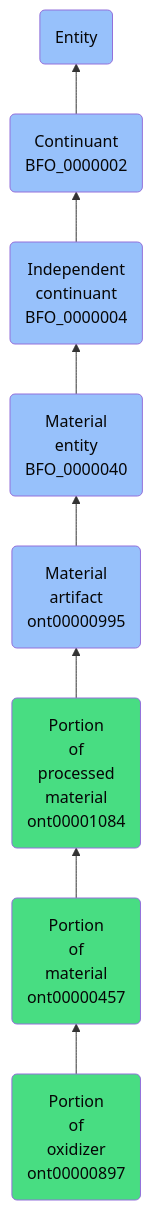
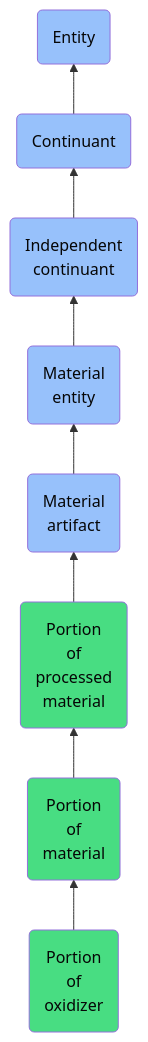
The diagram in docs/ontology/reference/model/Entity/Continuant/Independent continuant/Material entity/Material artifact/Portion of processed material/Portion of material/Portion of oxidizer/Portion of oxidizer.md (jupyter-naas/abi), drawn with Mermaid before and after one commit. The commit also changed other lines of this file and 1430 other files, not shown here.

````diff
--- a/docs/ontology/reference/model/Entity/Continuant/Independent continuant/Material entity/Material artifact/Portion of processed material/Portion of material/Portion of oxidizer/Portion of oxidizer.md
+++ b/docs/ontology/reference/model/Entity/Continuant/Independent continuant/Material entity/Material artifact/Portion of processed material/Portion of material/Portion of oxidizer/Portion of oxidizer.md
@@ -25,15 +25,15 @@
 ```mermaid
 graph BT
-    ont00000897(Portion<br>of<br>oxidizer<br>ont00000897):::ABI-->ont00000457
-    ont00000457(Portion<br>of<br>material<br>ont00000457):::ABI-->ont00001084
-    ont00001084(Portion<br>of<br>processed<br>material<br>ont00001084):::ABI-->ont00000995
-    ont00000995(Material<br>artifact<br>ont00000995):::BFO-->BFO_0000040
-    BFO_0000040(Material<br>entity<br>BFO_0000040):::BFO-->BFO_0000004
-    BFO_0000004(Independent<br>continuant<br>BFO_0000004):::BFO-->BFO_0000002
-    BFO_0000002(Continuant<br>BFO_0000002):::BFO-->BFO_0000001
+    ont00000897(Portion<br>of<br>oxidizer):::ABI-->ont00000457
+    ont00000457(Portion<br>of<br>material):::ABI-->ont00001084
+    ont00001084(Portion<br>of<br>processed<br>material):::ABI-->ont00000995
+    ont00000995(Material<br>artifact):::BFO-->BFO_0000040
+    BFO_0000040(Material<br>entity):::BFO-->BFO_0000004
+    BFO_0000004(Independent<br>continuant):::BFO-->BFO_0000002
+    BFO_0000002(Continuant):::BFO-->BFO_0000001
     BFO_0000001(Entity):::BFO
     
     classDef BFO fill:#97c1fb,color:#060606
     classDef CCO fill:#e4c51e,color:#060606
     classDef ABI fill:#48DD82,color:#060606
 ```
````
